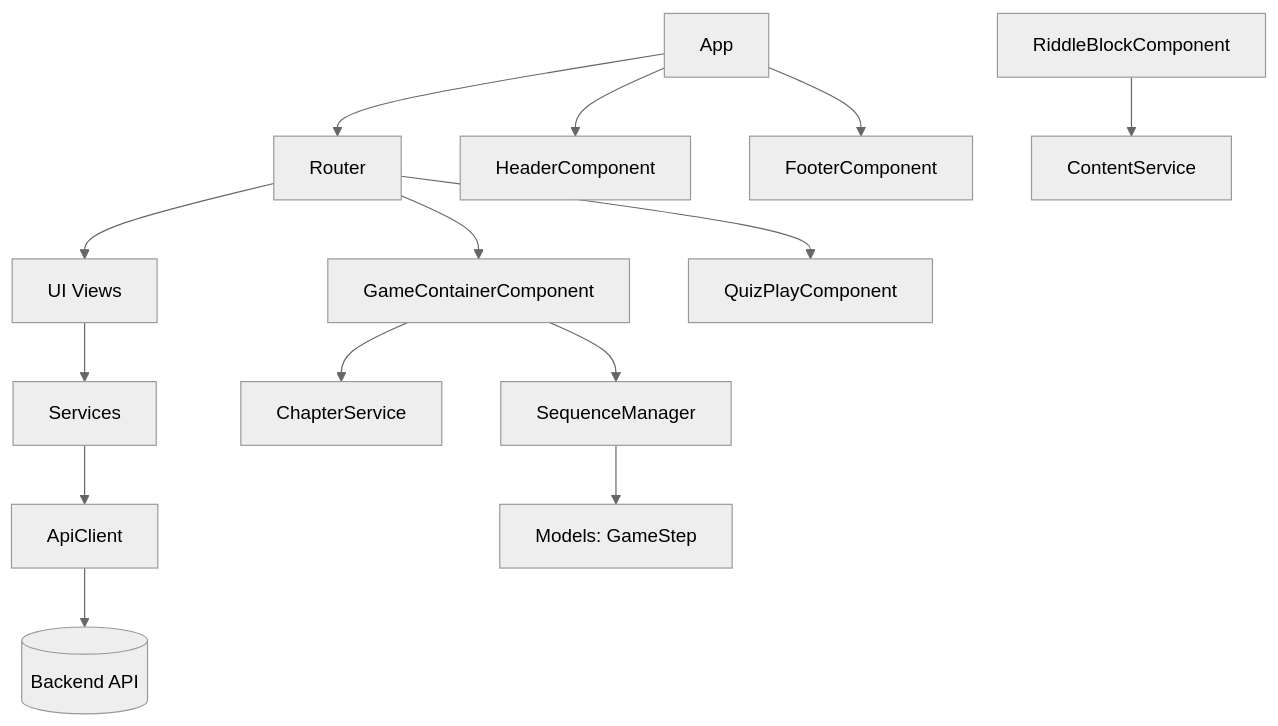
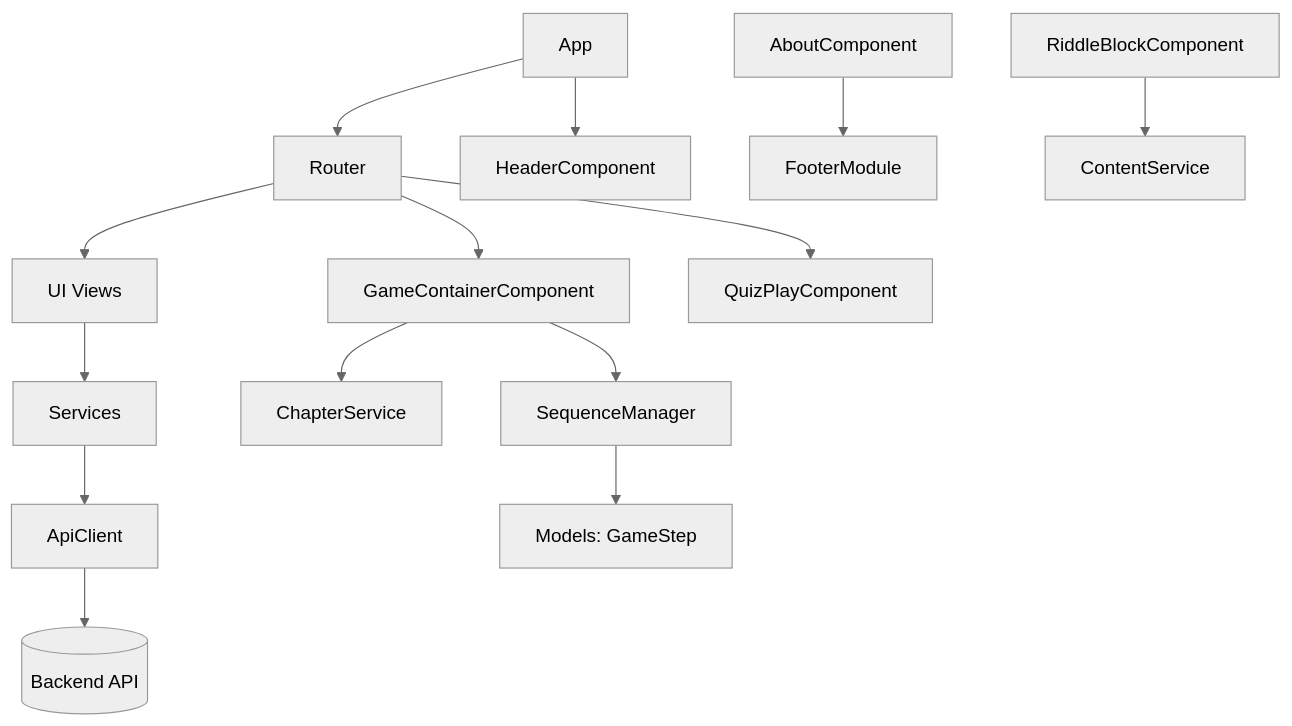
Before and after one commit to Vassili-REGNIER/matheopolis: the diagram in .ai/architecture/frontend/overview.md, drawn with Mermaid (neutral theme). The commit also changed other lines of this file and 5 other files, not shown here.

````diff
--- a/.ai/architecture/frontend/overview.md
+++ b/.ai/architecture/frontend/overview.md
@@ -52,16 +53,16 @@
 ```mermaid
 flowchart TD
   App --> Router
   App --> HeaderComponent
-  App --> FooterComponent
+  AboutComponent --> FooterModule
   Router --> Views[UI Views]
   Router --> GameContainerComponent
   Router --> QuizPlayComponent
   Views --> Services
   GameContainerComponent --> ChapterService
   RiddleBlockComponent --> ContentService
   Services --> ApiClient
   ApiClient --> Backend[(Backend API)]
   GameContainerComponent --> SequenceManager
   SequenceManager --> GameStep[Models: GameStep]
 ```
````
